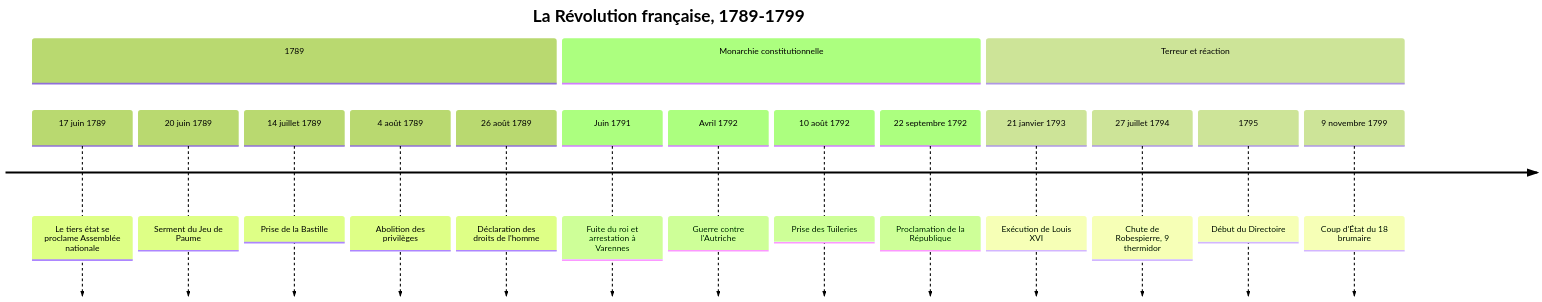
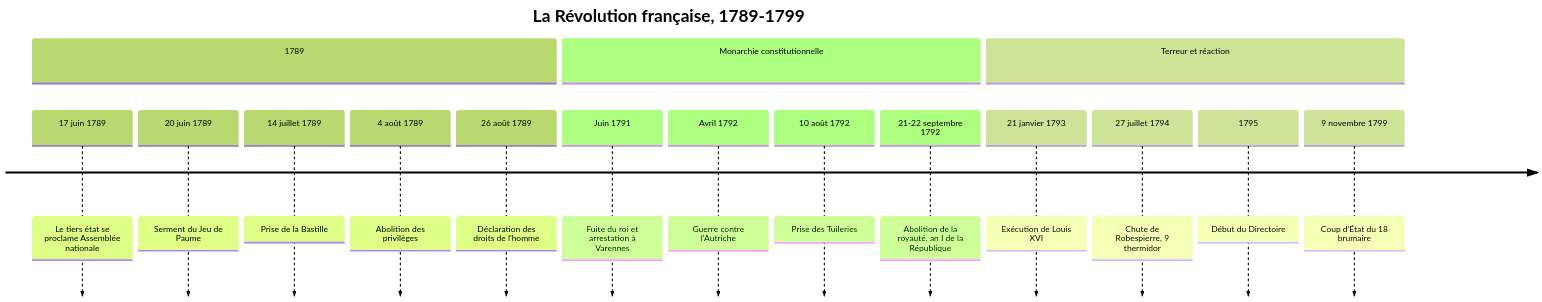
One commit to rwmicro/pensine changed the diagram in Social Sciences/History/France/04 - La Révolution française.md. Above: the diagram before and after it, drawn with Mermaid (forest theme). The commit also changed 17 other files, not shown here.

````diff
--- a/Social Sciences/History/France/04 - La Révolution française.md
+++ b/Social Sciences/History/France/04 - La Révolution française.md
@@ -20,20 +20,20 @@
 ```mermaid
 timeline
     title La Révolution française, 1789-1799
     section 1789
         17 juin 1789 : Le tiers état se proclame Assemblée nationale
         20 juin 1789 : Serment du Jeu de Paume
         14 juillet 1789 : Prise de la Bastille
         4 août 1789 : Abolition des privilèges
         26 août 1789 : Déclaration des droits de l'homme
     section Monarchie constitutionnelle
         Juin 1791 : Fuite du roi et arrestation à Varennes
         Avril 1792 : Guerre contre l'Autriche
         10 août 1792 : Prise des Tuileries
-        22 septembre 1792 : Proclamation de la République
+        21-22 septembre 1792 : Abolition de la royauté, an I de la République
     section Terreur et réaction
         21 janvier 1793 : Exécution de Louis XVI
         27 juillet 1794 : Chute de Robespierre, 9 thermidor
         1795 : Début du Directoire
         9 novembre 1799 : Coup d'État du 18 brumaire
 ```
````
